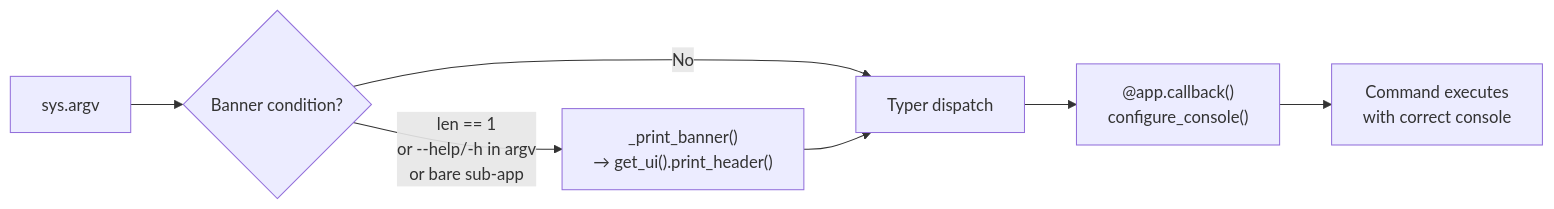
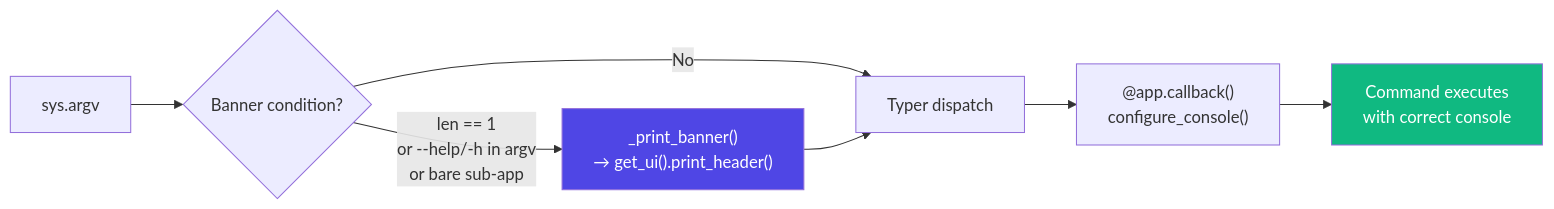
One commit to PythonWoods-Dev/zenzic changed the second of 2 diagrams in docs/explanation/architecture.md. Above: the diagram before and after it, drawn with Mermaid. The commit also changed other lines of this file and 6 other files, not shown here.

First line of the commit message:
docs(ui): harmonize mermaid diagram styles and suppression governance cards (#219)

````diff
--- a/docs/explanation/architecture.md
+++ b/docs/explanation/architecture.md
@@ -544,11 +550,13 @@
 ```mermaid
 
 flowchart LR
     ARGV["sys.argv"] --> COND{Banner condition?}
     COND -->|"len == 1\nor --help/-h in argv\nor bare sub-app"| BANNER["_print_banner()\n→ get_ui().print_header()"]
     COND -->|"No"| CMD["Typer dispatch"]
     BANNER --> CMD
     CMD --> CB["@app.callback()\nconfigure_console()"]
     CB --> EXEC["Command executes\nwith correct console"]
 
+    style BANNER fill:#4f46e5,color:#fff
+    style EXEC fill:#10b981,color:#fff
 ```
````
